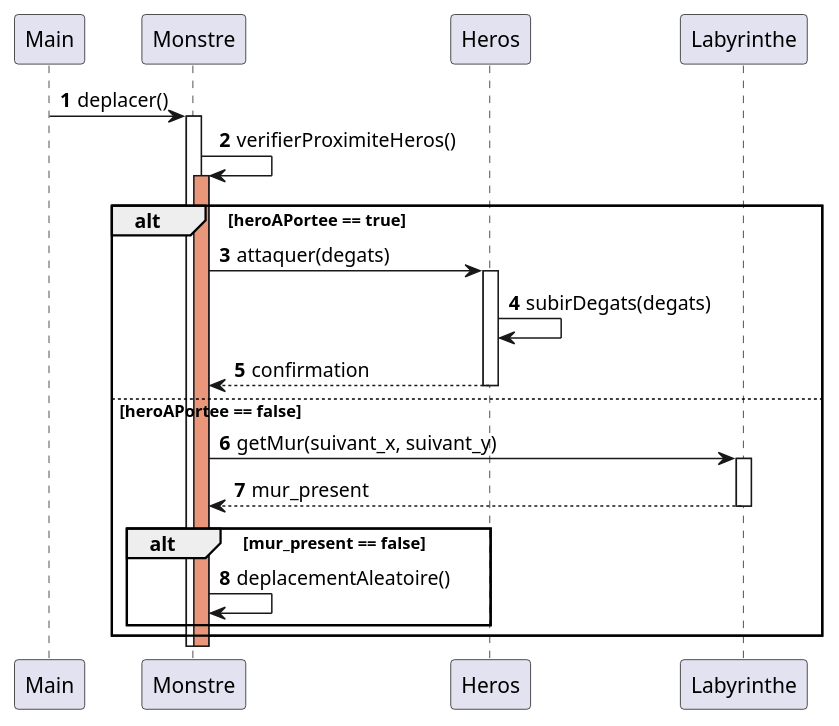
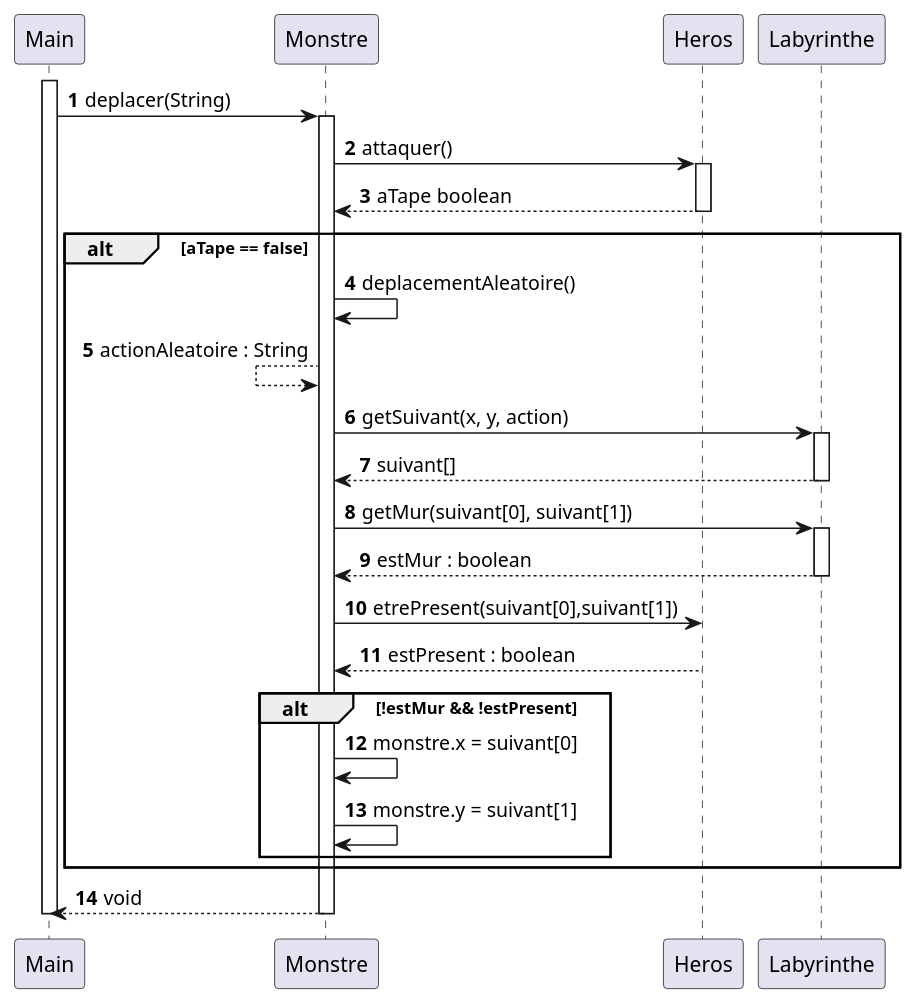
Before and after one commit to crochetremi/2025_Zeldiablo2_e20157u_e82008u_e89209u_e26078u: the diagram in documents/version_3/DS_AttaqueDesMonstres.puml, drawn with PlantUML. The commit also changed 3 other files, not shown here.

```diff
--- a/documents/version_3/DS_AttaqueDesMonstres.puml
+++ b/documents/version_3/DS_AttaqueDesMonstres.puml
@@ -1,38 +1,47 @@
 @startuml
 'https://plantuml.com/sequence-diagram
 
 autonumber
 
 participant "Main" as main
 participant "Monstre" as monstre
 participant "Heros" as heros
 participant "Labyrinthe" as laby
 
-main -> monstre: deplacer()
+activate main
+main -> monstre : deplacer(String)
 activate monstre
 
-monstre -> monstre: verifierProximiteHeros()
-activate monstre #DarkSalmon
+monstre -> heros : attaquer()
+activate heros
+heros --> monstre : aTape boolean
+deactivate heros
 
-alt heroAPortee == true
-    monstre -> heros: attaquer(degats)
-    activate heros
-    heros -> heros: subirDegats(degats)
-    heros --> monstre: confirmation
-    deactivate heros
+alt aTape == false
+    monstre -> monstre : deplacementAleatoire()
+    monstre <-- monstre : actionAleatoire : String
 
-else heroAPortee == false
-    monstre -> laby: getMur(suivant_x, suivant_y)
+    monstre -> laby : getSuivant(x, y, action)
     activate laby
-    laby --> monstre: mur_present
+    laby --> monstre : suivant[]
     deactivate laby
 
-    alt mur_present == false
-        monstre -> monstre: deplacementAleatoire()
+    monstre -> laby : getMur(suivant[0], suivant[1])
+    activate laby
+    laby --> monstre : estMur : boolean
+    deactivate laby
+
+    monstre -> heros : etrePresent(suivant[0],suivant[1])
+    heros --> monstre : estPresent : boolean
+
+    alt !estMur && !estPresent
+        monstre -> monstre : monstre.x = suivant[0]
+        monstre -> monstre : monstre.y = suivant[1]
     end
 end
 
+monstre --> main : void
 deactivate monstre
-deactivate monstre
+deactivate main
 
 @enduml
```
